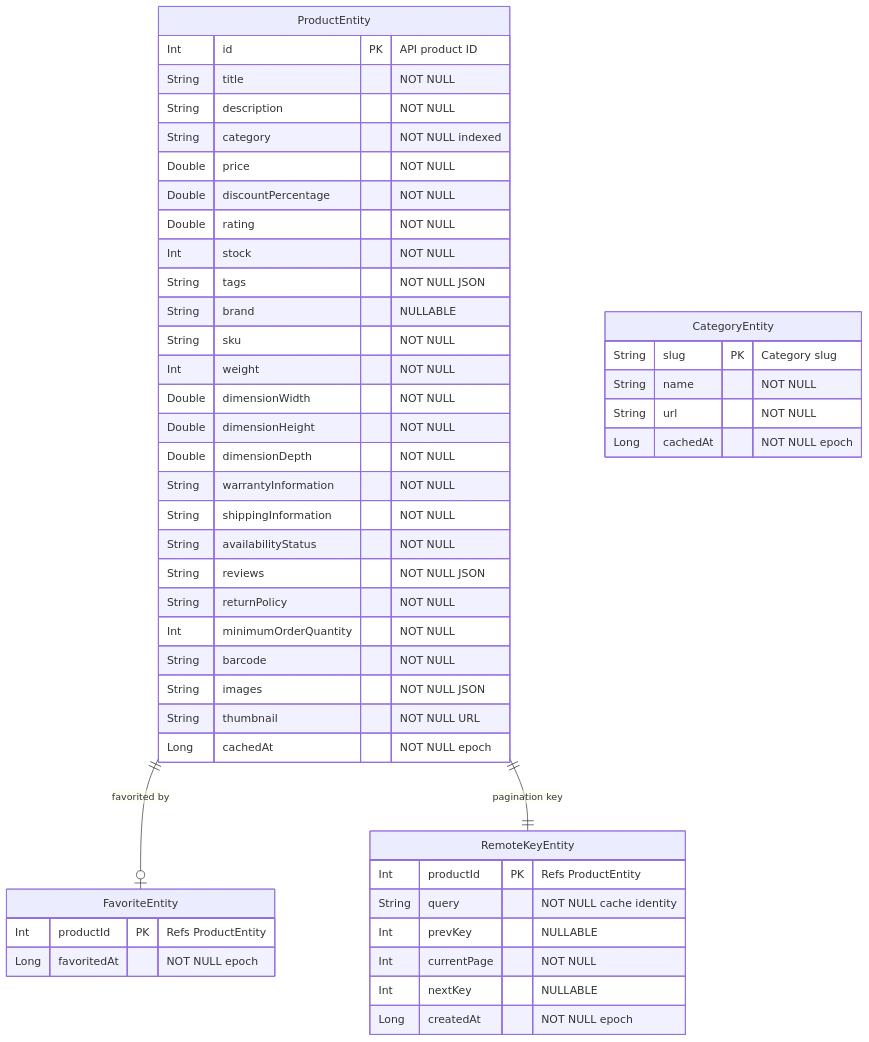
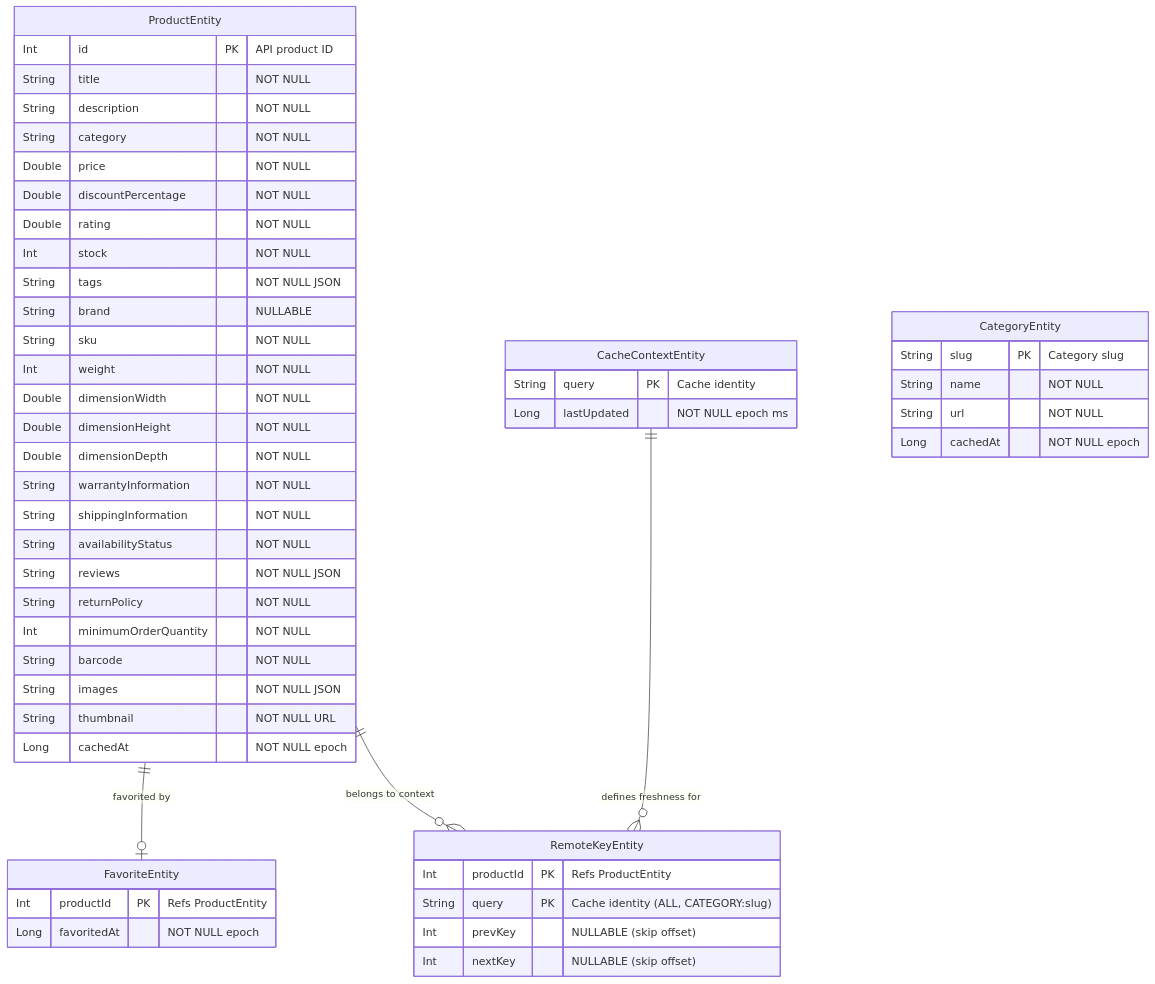
One commit to rktuhinbd/ShopFlow changed the diagram in docs/03-data/diagrams/erd.mmd. Above: the diagram before and after it, drawn with Mermaid. The commit also changed 26 other files, not shown here.

First line of the commit message:
feat(data): add context-aware cache schema

```diff
--- a/docs/03-data/diagrams/erd.mmd
+++ b/docs/03-data/diagrams/erd.mmd
@@ -1,52 +1,56 @@
 erDiagram
     ProductEntity {
         Int id PK "API product ID"
         String title "NOT NULL"
         String description "NOT NULL"
-        String category "NOT NULL indexed"
+        String category "NOT NULL"
         Double price "NOT NULL"
         Double discountPercentage "NOT NULL"
         Double rating "NOT NULL"
         Int stock "NOT NULL"
         String tags "NOT NULL JSON"
         String brand "NULLABLE"
         String sku "NOT NULL"
         Int weight "NOT NULL"
         Double dimensionWidth "NOT NULL"
         Double dimensionHeight "NOT NULL"
         Double dimensionDepth "NOT NULL"
         String warrantyInformation "NOT NULL"
         String shippingInformation "NOT NULL"
         String availabilityStatus "NOT NULL"
         String reviews "NOT NULL JSON"
         String returnPolicy "NOT NULL"
         Int minimumOrderQuantity "NOT NULL"
         String barcode "NOT NULL"
         String images "NOT NULL JSON"
         String thumbnail "NOT NULL URL"
         Long cachedAt "NOT NULL epoch"
     }
 
     FavoriteEntity {
         Int productId PK "Refs ProductEntity"
         Long favoritedAt "NOT NULL epoch"
     }
 
     RemoteKeyEntity {
         Int productId PK "Refs ProductEntity"
-        String query "NOT NULL cache identity"
-        Int prevKey "NULLABLE"
-        Int currentPage "NOT NULL"
-        Int nextKey "NULLABLE"
-        Long createdAt "NOT NULL epoch"
+        String query PK "Cache identity (ALL, CATEGORY:slug)"
+        Int prevKey "NULLABLE (skip offset)"
+        Int nextKey "NULLABLE (skip offset)"
+    }
+
+    CacheContextEntity {
+        String query PK "Cache identity"
+        Long lastUpdated "NOT NULL epoch ms"
     }
 
     CategoryEntity {
         String slug PK "Category slug"
         String name "NOT NULL"
         String url "NOT NULL"
         Long cachedAt "NOT NULL epoch"
     }
 
     ProductEntity ||--o| FavoriteEntity : "favorited by"
-    ProductEntity ||--|| RemoteKeyEntity : "pagination key"
+    ProductEntity ||--o{ RemoteKeyEntity : "belongs to context"
+    CacheContextEntity ||--o{ RemoteKeyEntity : "defines freshness for"
```
